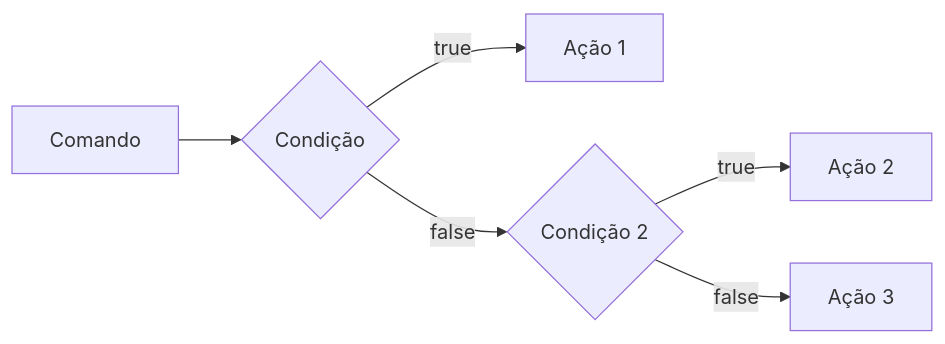
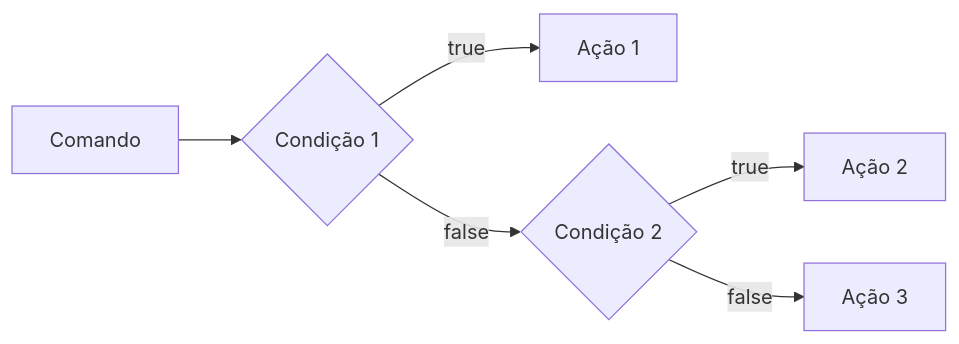
One commit to EduardoPaulino10/PHPVanilla changed the fourth of 28 diagrams in README.md. Above: the diagram before and after it, drawn with Mermaid. The commit also changed other lines of this file and 49 other files, not shown here.

````diff
--- a/README.md
+++ b/README.md
@@ -254,10 +254,10 @@
 ```mermaid
 
 graph LR
-    A[Comando] --> B{Condição}
+    A[Comando] --> B{Condição 1}
     B --> |true| C[Ação 1]
     B --> |false| D{Condição 2}
     D --> |true| E[Ação 2]
     D --> |false| F[Ação 3]
 
 ```
````
